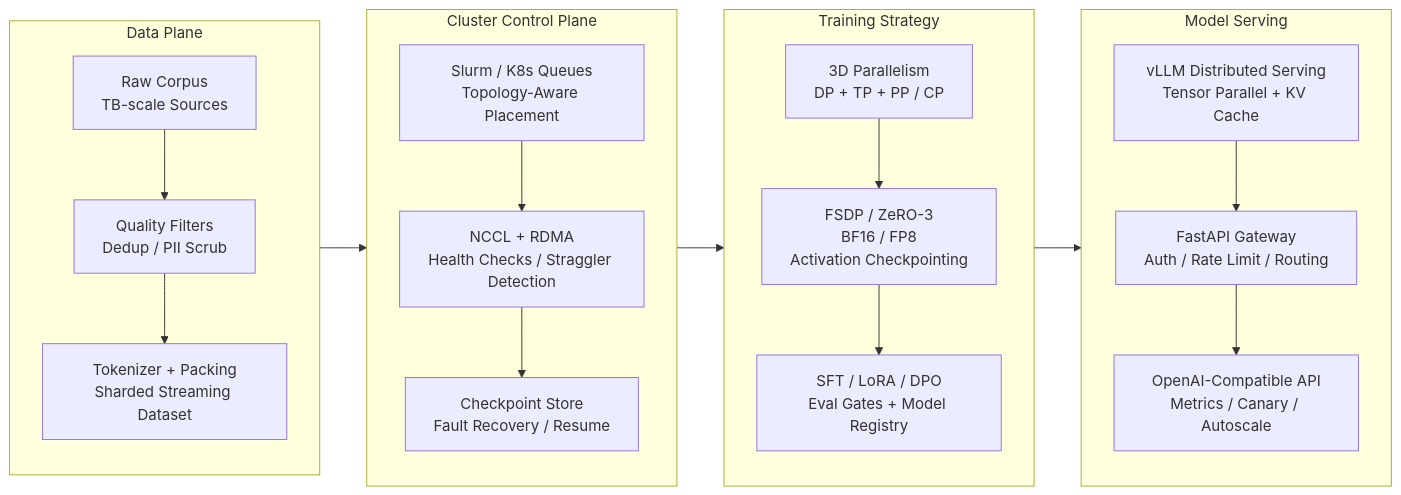
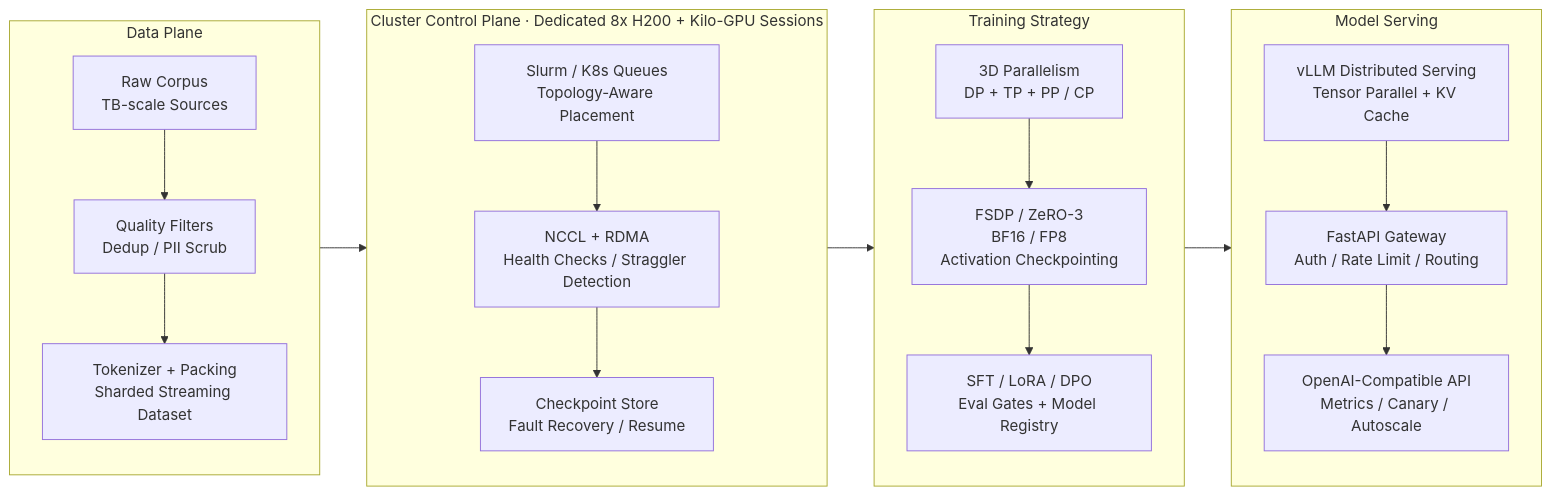
The second of 2 diagrams in README.md (Lab-Overflow/Lab-Overflow), drawn with Mermaid before and after one commit. The commit also changed other lines of this file, not shown here.

Commit message:
Clarify H200 and kilo-GPU training experience

````diff
--- a/README.md
+++ b/README.md
@@ -101,30 +101,30 @@
 ```mermaid
 flowchart LR
     subgraph Data["Data Plane"]
         A["Raw Corpus\nTB-scale Sources"] --> B["Quality Filters\nDedup / PII Scrub"]
         B --> C["Tokenizer + Packing\nSharded Streaming Dataset"]
     end
 
-    subgraph Cluster["Cluster Control Plane"]
+    subgraph Cluster["Cluster Control Plane · Dedicated 8x H200 + Kilo-GPU Sessions"]
         D["Slurm / K8s Queues\nTopology-Aware Placement"]
         E["NCCL + RDMA\nHealth Checks / Straggler Detection"]
         F["Checkpoint Store\nFault Recovery / Resume"]
         D --> E --> F
     end
 
     subgraph Train["Training Strategy"]
         G["3D Parallelism\nDP + TP + PP / CP"]
         H["FSDP / ZeRO-3\nBF16 / FP8\nActivation Checkpointing"]
         I["SFT / LoRA / DPO\nEval Gates + Model Registry"]
         G --> H --> I
     end
 
     subgraph Serving["Model Serving"]
         J["vLLM Distributed Serving\nTensor Parallel + KV Cache"]
         K["FastAPI Gateway\nAuth / Rate Limit / Routing"]
         L["OpenAI-Compatible API\nMetrics / Canary / Autoscale"]
         J --> K --> L
     end
 
     Data --> Cluster --> Train --> Serving
 ```
````
